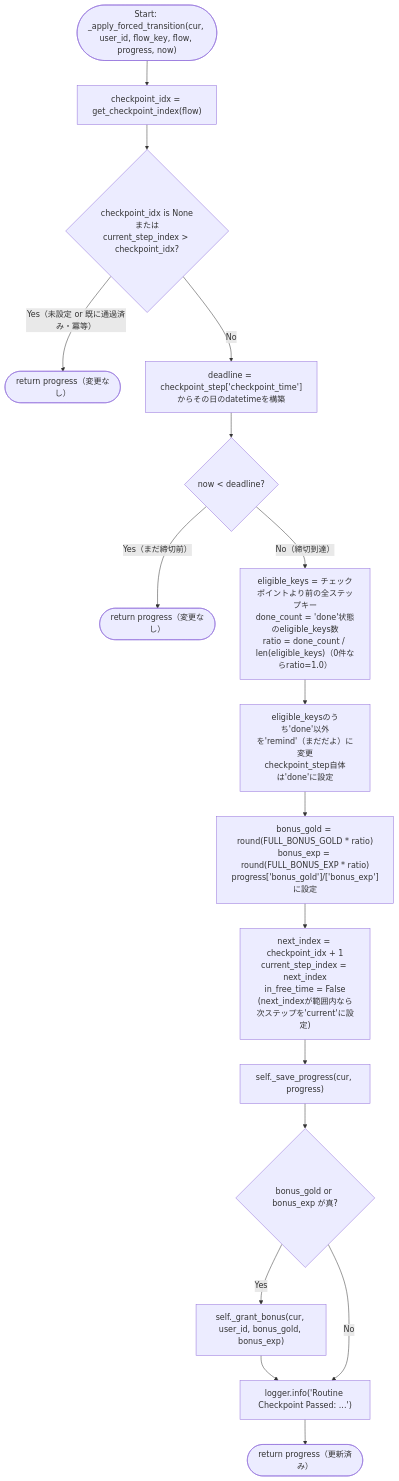
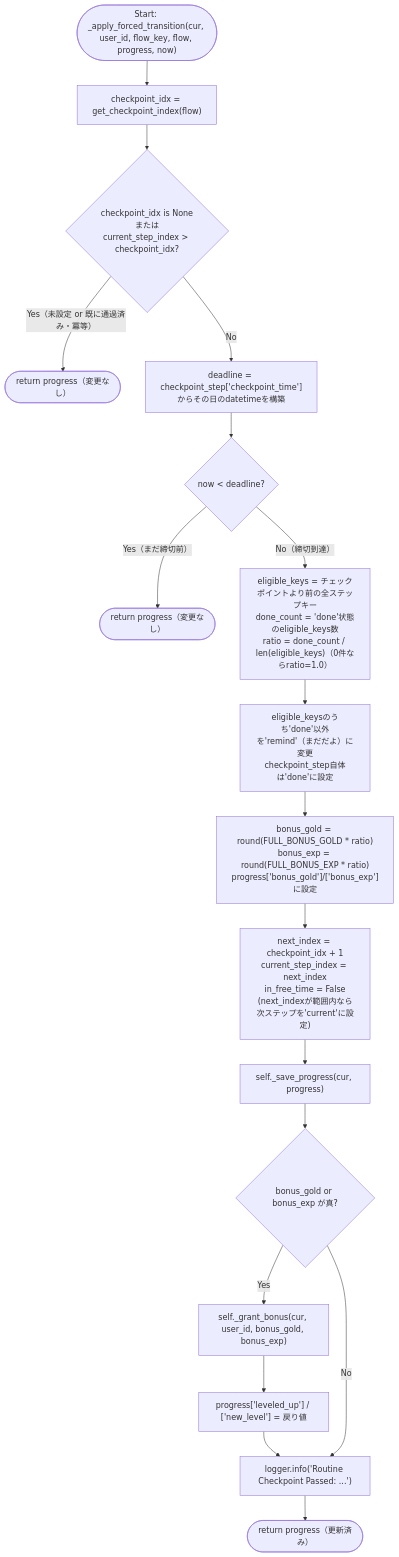
The first of 2 diagrams in docs/specifications/MY_HOME_SYSTEM/routine_service.md (mmtigers/my_python_project), drawn with Mermaid before and after one commit. The commit also changed other lines of this file and 4 other files, not shown here.

````diff
--- a/docs/specifications/MY_HOME_SYSTEM/routine_service.md
+++ b/docs/specifications/MY_HOME_SYSTEM/routine_service.md
@@ -360,19 +360,20 @@
 ```mermaid
 flowchart TD
     Start(["Start: _apply_forced_transition(cur, user_id, flow_key, flow, progress, now)"]) --> GetCheckpointIdx["checkpoint_idx = get_checkpoint_index(flow)"]
     GetCheckpointIdx --> IdempotentCheck{"checkpoint_idx is None<br/>または<br/>current_step_index > checkpoint_idx?"}
     IdempotentCheck -- Yes（未設定 or 既に通過済み・冪等） --> ReturnAsIs1(["return progress（変更なし）"])
     IdempotentCheck -- No --> ComputeDeadline["deadline = checkpoint_step['checkpoint_time']からその日のdatetimeを構築"]
     ComputeDeadline --> DeadlineCheck{"now < deadline?"}
     DeadlineCheck -- Yes（まだ締切前） --> ReturnAsIs2(["return progress（変更なし）"])
     DeadlineCheck -- No（締切到達） --> ComputeRatio["eligible_keys = チェックポイントより前の全ステップキー\ndone_count = 'done'状態のeligible_keys数\nratio = done_count / len(eligible_keys)（0件ならratio=1.0）"]
     ComputeRatio --> MarkRemind["eligible_keysのうち'done'以外を'remind'（まだだよ）に変更\ncheckpoint_step自体は'done'に設定"]
     MarkRemind --> ComputeBonus["bonus_gold = round(FULL_BONUS_GOLD * ratio)\nbonus_exp = round(FULL_BONUS_EXP * ratio)\nprogress['bonus_gold']/['bonus_exp']に設定"]
     ComputeBonus --> Advance["next_index = checkpoint_idx + 1\ncurrent_step_index = next_index\nin_free_time = False\n(next_indexが範囲内なら次ステップを'current'に設定)"]
     Advance --> SaveProgress["self._save_progress(cur, progress)"]
     SaveProgress --> BonusCheck{"bonus_gold or bonus_exp が真?"}
     BonusCheck -- Yes --> GrantBonus["self._grant_bonus(cur, user_id, bonus_gold, bonus_exp)"]
-    GrantBonus --> LogInfo["logger.info('Routine Checkpoint Passed: ...')"]
+    GrantBonus --> StoreLevelInfo["progress['leveled_up'] / ['new_level'] = 戻り値"]
+    StoreLevelInfo --> LogInfo["logger.info('Routine Checkpoint Passed: ...')"]
     BonusCheck -- No --> LogInfo
     LogInfo --> ReturnUpdated(["return progress（更新済み）"])
 ```
````
